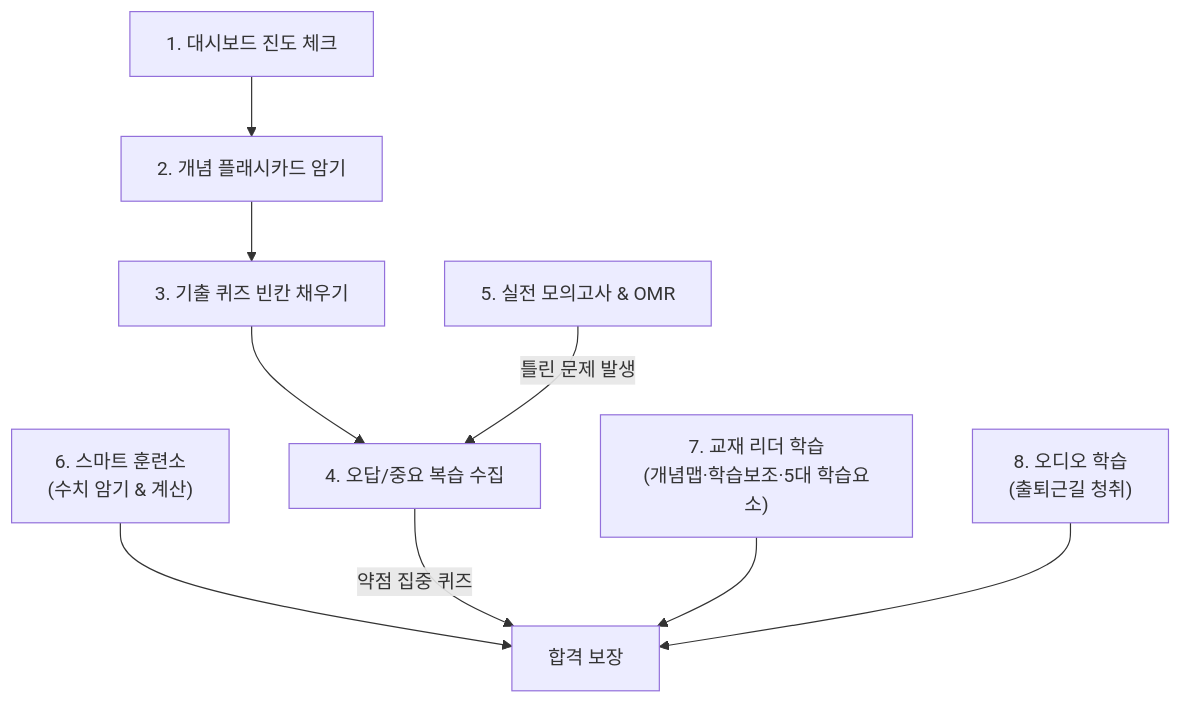
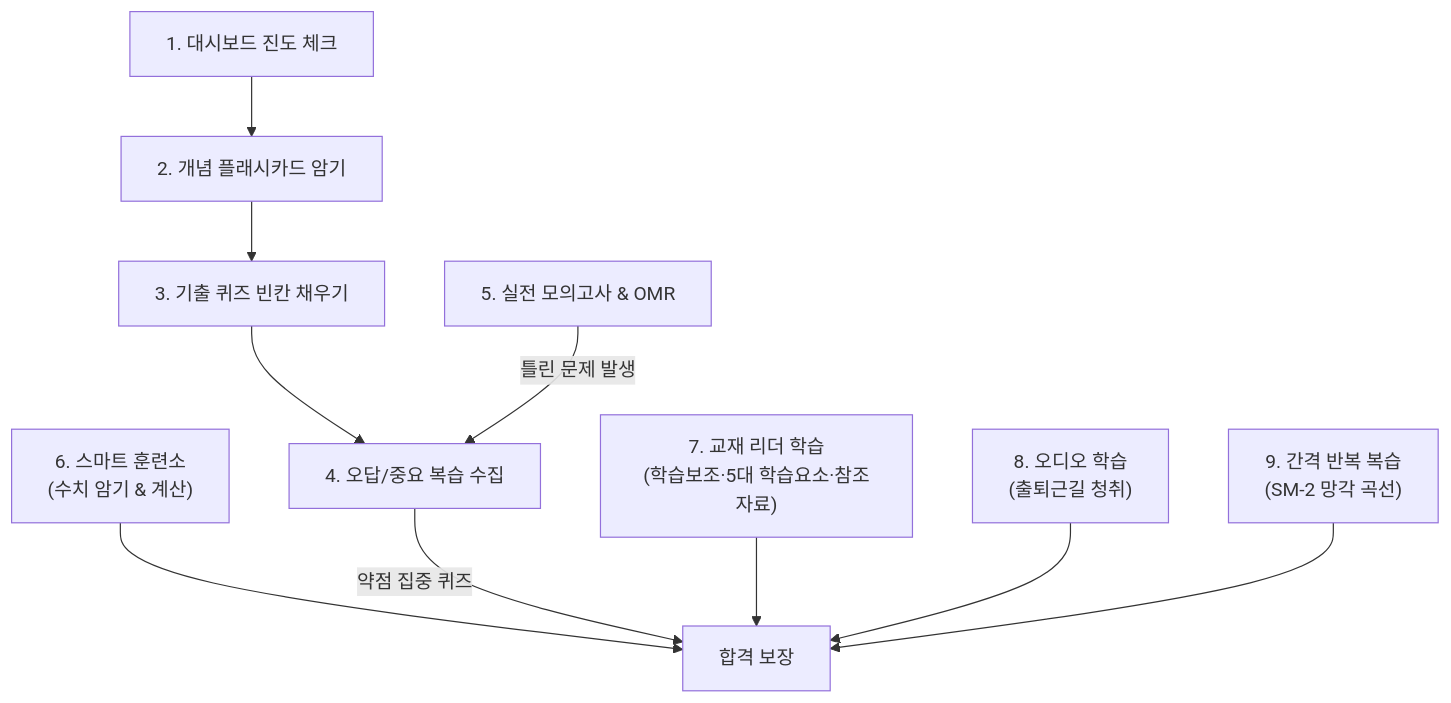
Before and after one commit to skygoldlee-cyber/Personalized_Skincare: the first of 2 diagrams in docs/user/user_manual.md, drawn with Mermaid. The commit also changed other lines of this file and 1 other file, not shown here.

````diff
--- a/docs/user/user_manual.md
+++ b/docs/user/user_manual.md
@@ -9,11 +9,12 @@
 ```mermaid
 graph TD
     A["1. 대시보드 진도 체크"] --> B["2. 개념 플래시카드 암기"]
     B --> C["3. 기출 퀴즈 빈칸 채우기"]
     C --> D["4. 오답/중요 복습 수집"]
     E["5. 실전 모의고사 & OMR"] -->|틀린 문제 발생| D
     F["6. 스마트 훈련소<br/>(수치 암기 & 계산)"] --> G["합격 보장"]
     D -->|약점 집중 퀴즈| G
-    H["7. 교재 리더 학습<br/>(개념맵·학습보조·5대 학습요소)"] --> G
+    H["7. 교재 리더 학습<br/>(학습보조·5대 학습요소·참조자료)"] --> G
     I["8. 오디오 학습<br/>(출퇴근길 청취)"] --> G
+    J["9. 간격 반복 복습<br/>(SM-2 망각 곡선)"] --> G
 ```
````
